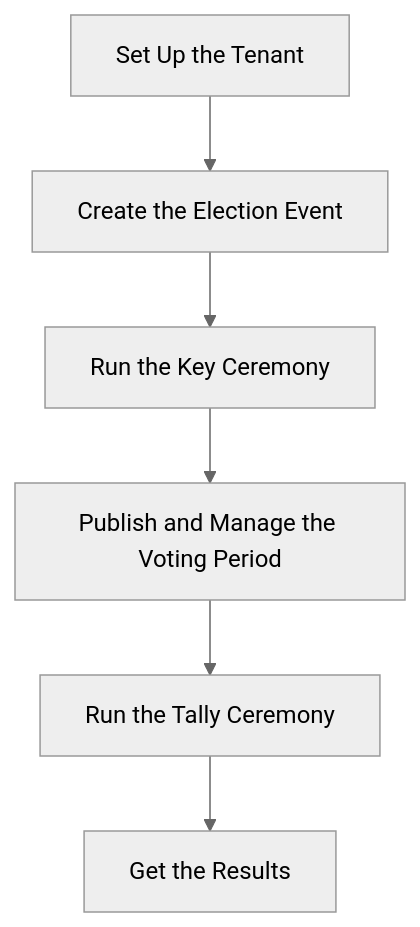
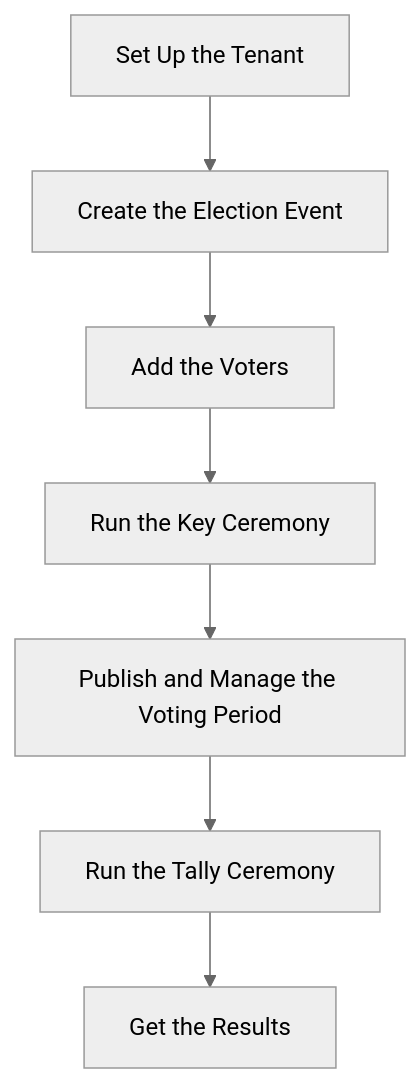
The diagram in docs/docusaurus/docs/02-election_managers/00-before-you-start.md (sequentech/step), drawn with Mermaid (neutral theme) before and after one commit. The commit also changed 16 other files, not shown here.

````diff
--- a/docs/docusaurus/docs/02-election_managers/00-before-you-start.md
+++ b/docs/docusaurus/docs/02-election_managers/00-before-you-start.md
@@ -19,8 +19,9 @@
 ```mermaid
 flowchart TD
   T[Set Up the Tenant] --> E[Create the Election Event]
-  E --> K[Run the Key Ceremony]
+  E --> V[Add the Voters]
+  V --> K[Run the Key Ceremony]
   K --> P[Publish and Manage the Voting Period]
   P --> Y[Run the Tally Ceremony]
   Y --> R[Get the Results]
 ```
````
